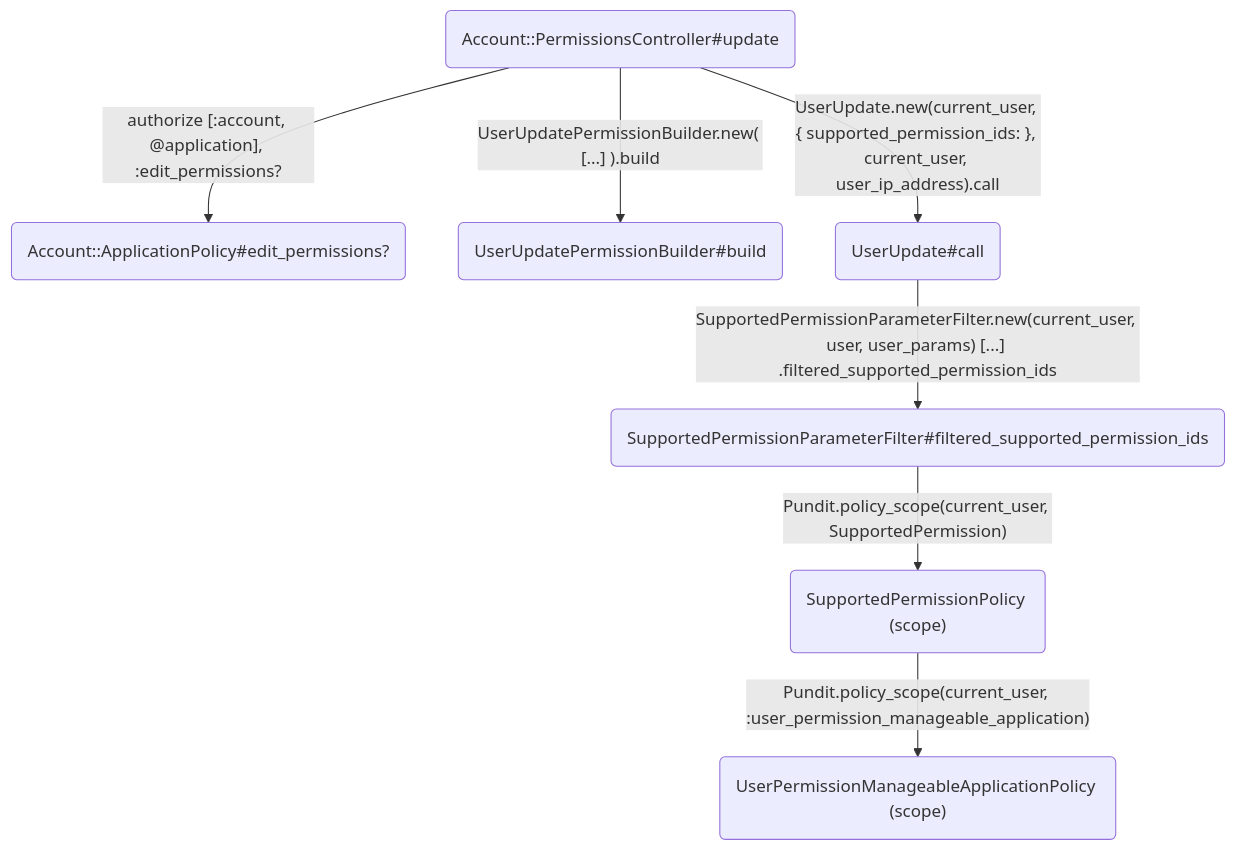
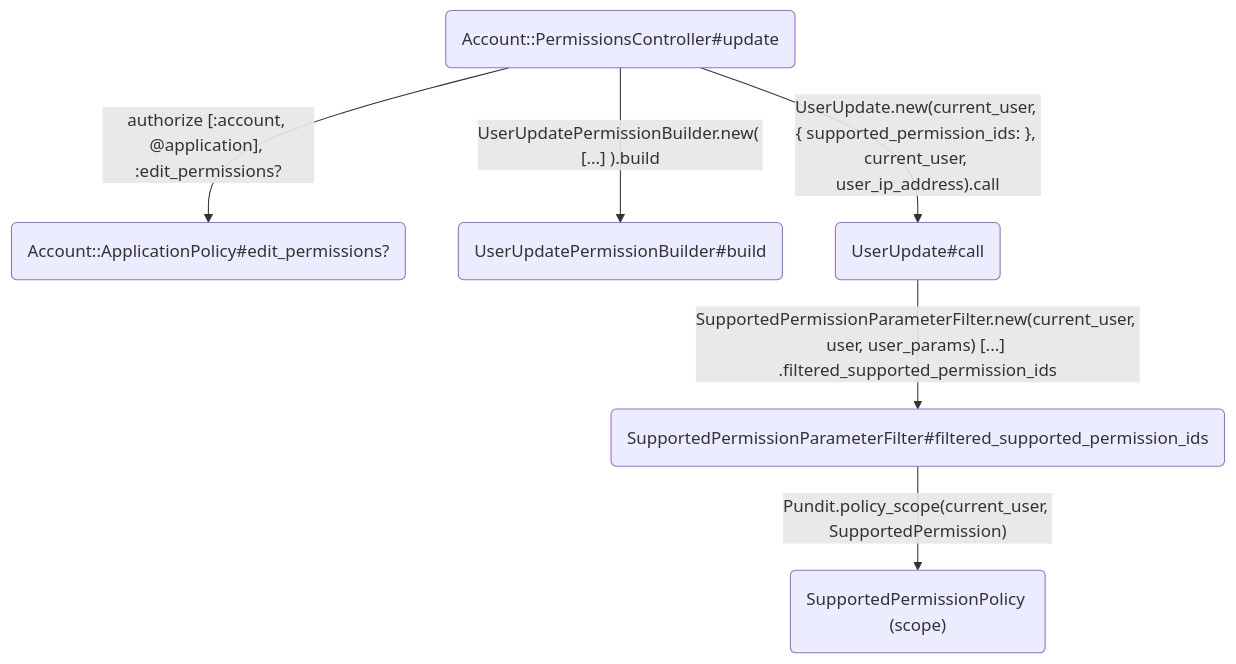
One commit to alphagov/signon changed the fifth of 12 diagrams in docs/access_and_permissions.md. Above: the diagram before and after it, drawn with Mermaid. The commit also changed other lines of this file and 5 other files, not shown here.

First line of the commit message:
Remove `UserPermissionManageableApplicationPolicy`

````diff
--- a/docs/access_and_permissions.md
+++ b/docs/access_and_permissions.md
@@ -112,9 +112,8 @@
 ```mermaid
 flowchart TD
     A(Account::PermissionsController#update) --authorize [:account, @application], :edit_permissions?--> B(Account::ApplicationPolicy#edit_permissions?)
     A --UserUpdatePermissionBuilder.new( [...] ).build--> C(UserUpdatePermissionBuilder#build)
     A --UserUpdate.new(current_user, { supported_permission_ids: }, current_user, user_ip_address).call--> D(UserUpdate#call)
     D --SupportedPermissionParameterFilter.new(current_user, user, user_params) [...] .filtered_supported_permission_ids--> E(SupportedPermissionParameterFilter#filtered_supported_permission_ids)
     E --Pundit.policy_scope(current_user, SupportedPermission)--> F("SupportedPermissionPolicy (scope)")
-    F --Pundit.policy_scope(current_user, :user_permission_manageable_application)--> G("UserPermissionManageableApplicationPolicy (scope)")
 ```
````
